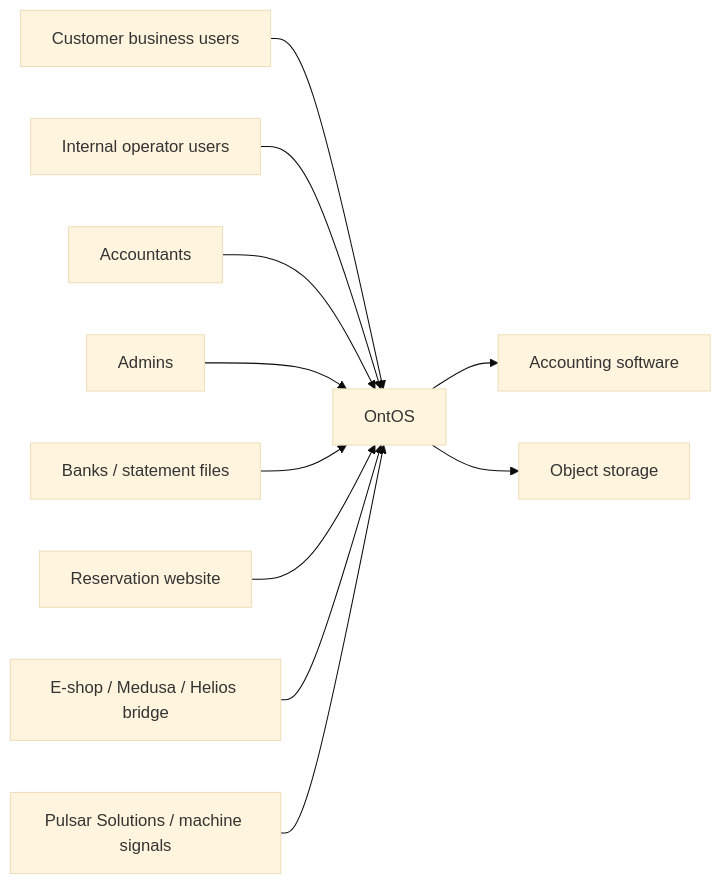
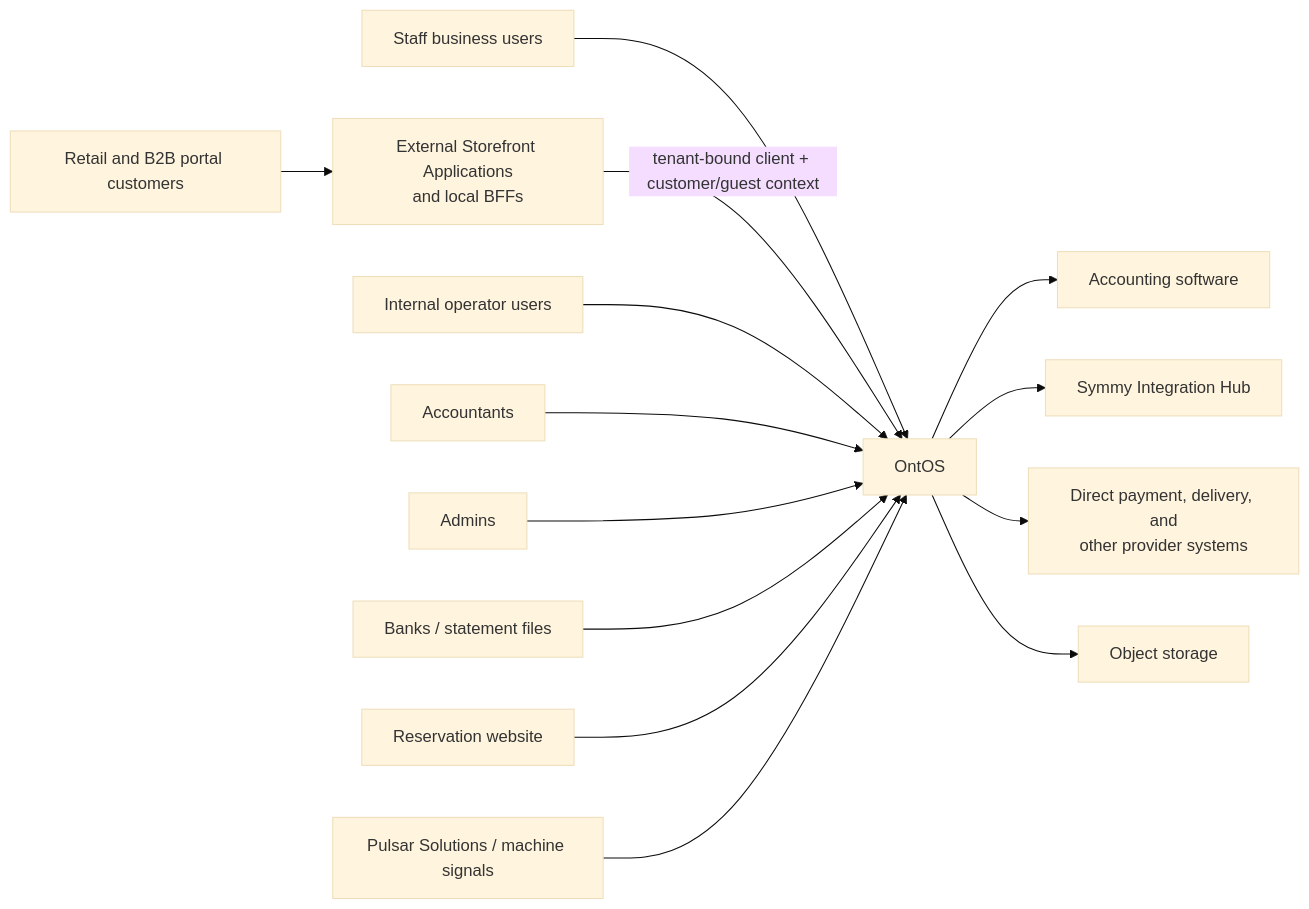
The diagram in docs/diagrams/c4-L1-context.md (TechsioCZ/ontos), drawn with Mermaid (base theme) before and after one commit. The commit also changed 19 other files, not shown here.

````diff
--- a/docs/diagrams/c4-L1-context.md
+++ b/docs/diagrams/c4-L1-context.md
@@ -3,25 +3,31 @@
 ```mermaid
 flowchart LR
-  users[Customer business users]
+  users[Staff business users]
+  portal[Retail and B2B portal customers]
   internal[Internal operator users]
   acct[Accountants]
   admin[Admins]
   ontos[OntOS]
   accsw[Accounting software]
   bank[Banks / statement files]
   resweb[Reservation website]
-  shop[E-shop / Medusa / Helios bridge]
+  storefronts[External Storefront Applications\nand local BFFs]
+  symmy[Symmy Integration Hub]
+  providers[Direct payment, delivery, and\nother provider systems]
   pulsar[Pulsar Solutions / machine signals]
   storage[Object storage]
 
   users --> ontos
+  portal --> storefronts
+  storefronts -->|tenant-bound client + customer/guest context| ontos
   internal --> ontos
   acct --> ontos
   admin --> ontos
   ontos --> accsw
   bank --> ontos
   resweb --> ontos
-  shop --> ontos
+  ontos --> symmy
+  ontos --> providers
   pulsar --> ontos
   ontos --> storage
 ```
````
